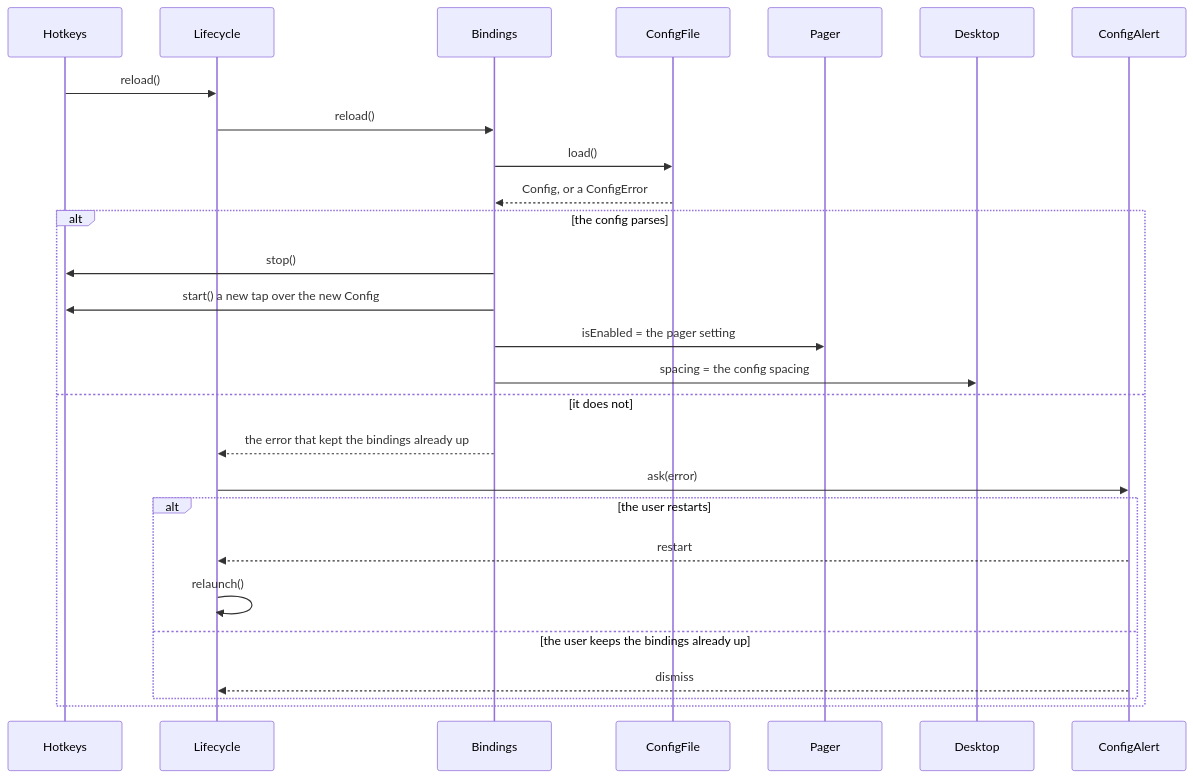
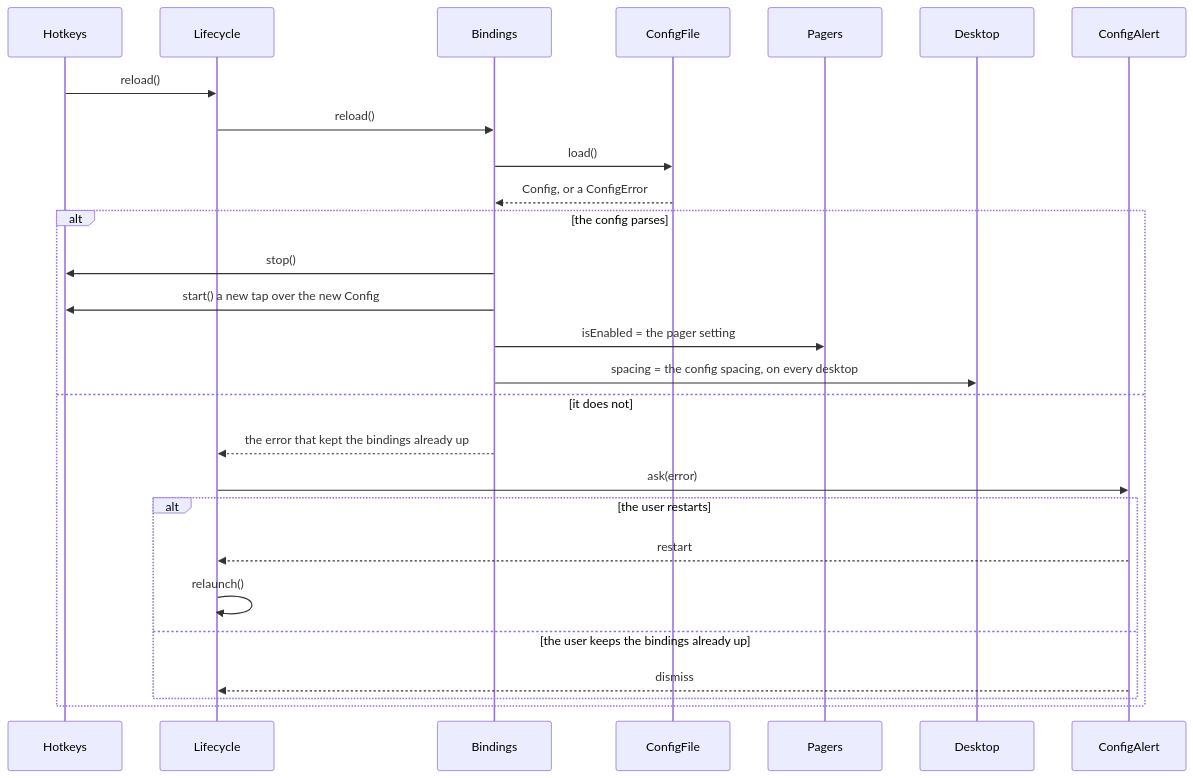
Diagram 21 of 26 in ARCHITECTURE.md (brennovich/ottowm), drawn with Mermaid before and after one commit. The commit also changed other lines of this file and 1 other file, not shown here.

First line of the commit message:
Document one engine and one Pager per display

````diff
--- a/ARCHITECTURE.md
+++ b/ARCHITECTURE.md
@@ -407,22 +527,22 @@
 ```mermaid
 sequenceDiagram
     Hotkeys->>Lifecycle: reload()
     Lifecycle->>Bindings: reload()
     Bindings->>ConfigFile: load()
     ConfigFile-->>Bindings: Config, or a ConfigError
     alt the config parses
         Bindings->>Hotkeys: stop()
         Bindings->>Hotkeys: start() a new tap over the new Config
-        Bindings->>Pager: isEnabled = the pager setting
-        Bindings->>Desktop: spacing = the config spacing
+        Bindings->>Pagers: isEnabled = the pager setting
+        Bindings->>Desktop: spacing = the config spacing, on every desktop
     else it does not
         Bindings-->>Lifecycle: the error that kept the bindings already up
         Lifecycle->>ConfigAlert: ask(error)
         alt the user restarts
             ConfigAlert-->>Lifecycle: restart
             Lifecycle->>Lifecycle: relaunch()
         else the user keeps the bindings already up
             ConfigAlert-->>Lifecycle: dismiss
         end
     end
 ```
````
